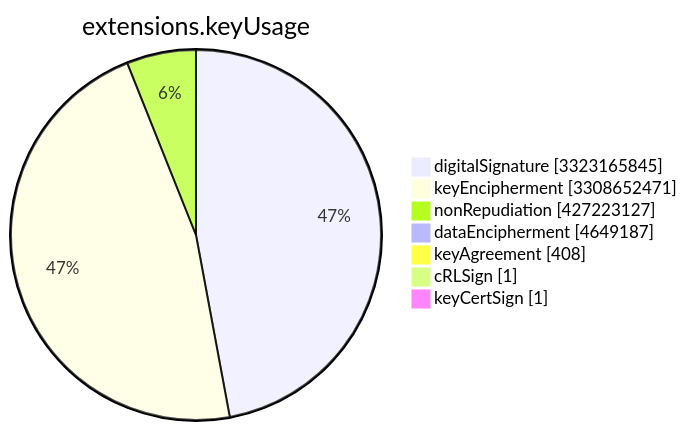
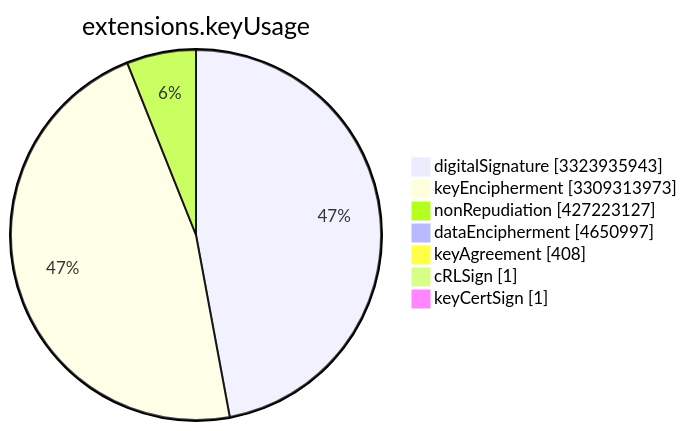
Before and after one commit to christiankrug/ctmonitor_visualization: the sixth of 15 diagrams in TOTAL/README.md, drawn with Mermaid. The commit also changed other lines of this file, not shown here.

````diff
--- a/TOTAL/README.md
+++ b/TOTAL/README.md
@@ -3078,11 +3078,11 @@
 ```mermaid
 pie showData
 title extensions.keyUsage
-"digitalSignature" :3323165845
-"keyEncipherment" :3308652471
+"digitalSignature" :3323935943
+"keyEncipherment" :3309313973
 "nonRepudiation" :427223127
-"dataEncipherment" :4649187
+"dataEncipherment" :4650997
 "keyAgreement" :408
 "cRLSign" :1
 "keyCertSign" :1
 ```
````
